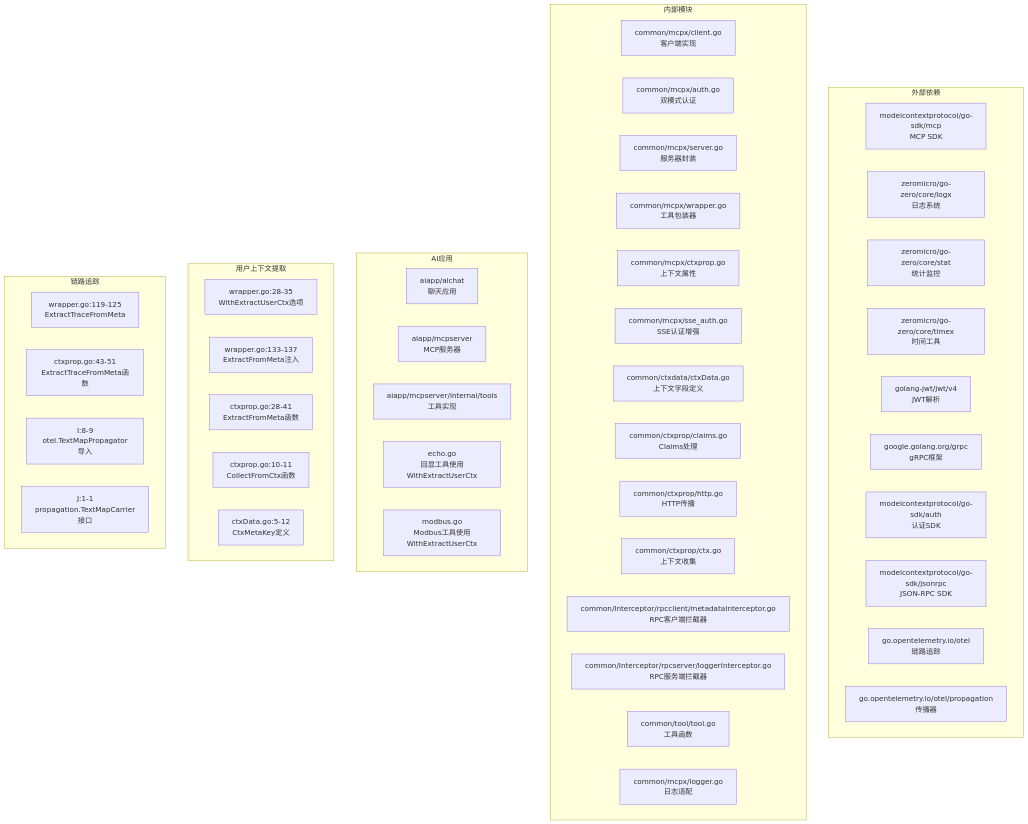
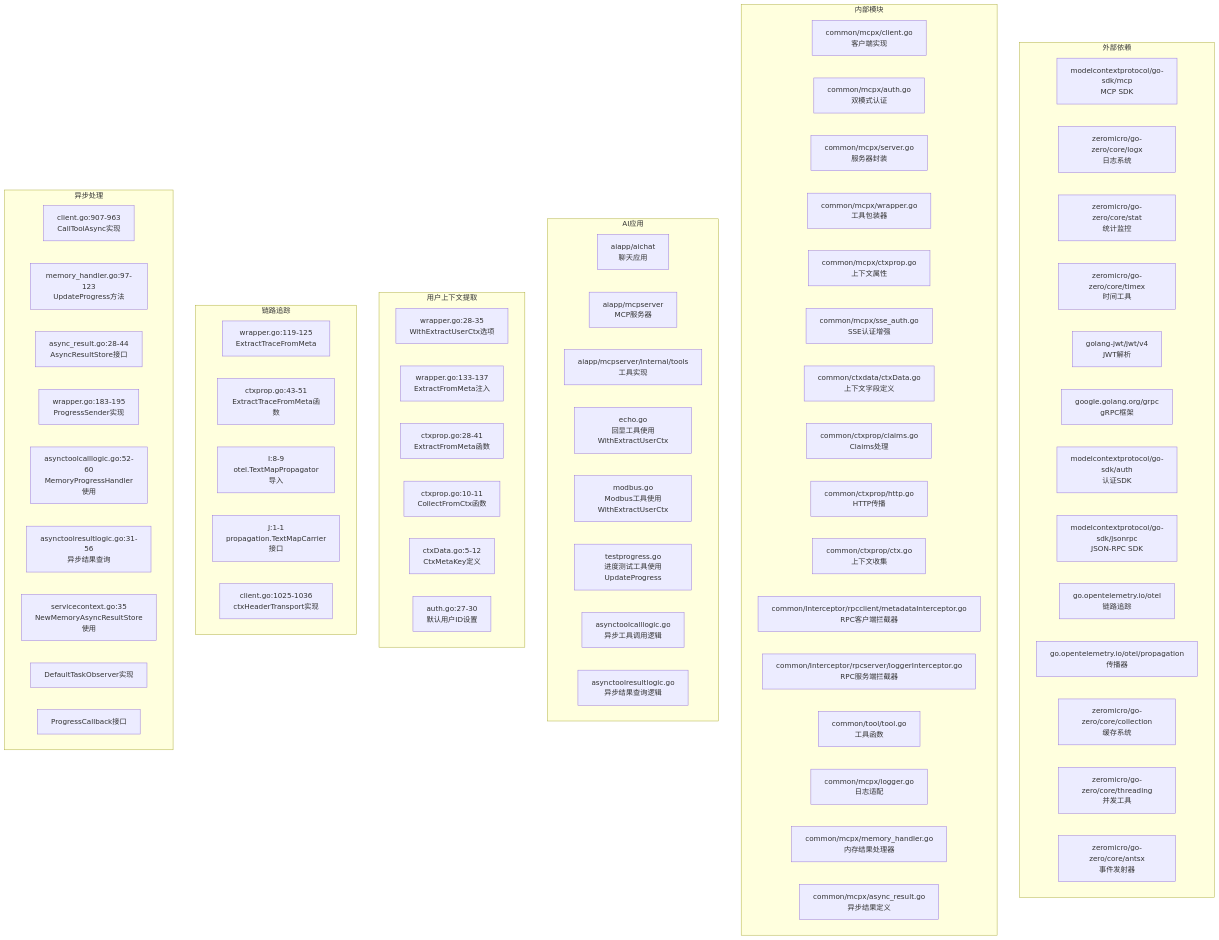
Before and after one commit to maomao94/zero-service: diagram 36 of 36 in .qoder/repowiki/zh/content/核心服务详解/Mcpx客户端包.md, drawn with Mermaid. The commit also changed other lines of this file and 58 other files, not shown here.

````diff
--- a/.qoder/repowiki/zh/content/核心服务详解/Mcpx客户端包.md
+++ b/.qoder/repowiki/zh/content/核心服务详解/Mcpx客户端包.md
@@ -979,51 +1602,72 @@
 ```mermaid
 graph TB
 subgraph "外部依赖"
 A[modelcontextprotocol/go-sdk/mcp<br/>MCP SDK]
 B[zeromicro/go-zero/core/logx<br/>日志系统]
 C[zeromicro/go-zero/core/stat<br/>统计监控]
 D[zeromicro/go-zero/core/timex<br/>时间工具]
 E[golang-jwt/jwt/v4<br/>JWT解析]
 F[google.golang.org/grpc<br/>gRPC框架]
 G[modelcontextprotocol/go-sdk/auth<br/>认证SDK]
 H[modelcontextprotocol/go-sdk/jsonrpc<br/>JSON-RPC SDK]
 I[go.opentelemetry.io/otel<br/>链路追踪]
 J[go.opentelemetry.io/otel/propagation<br/>传播器]
+K[zeromicro/go-zero/core/collection<br/>缓存系统]
+L[zeromicro/go-zero/core/threading<br/>并发工具]
+M[zeromicro/go-zero/core/antsx<br/>事件发射器]
 end
 subgraph "内部模块"
-K[common/mcpx/client.go<br/>客户端实现]
-L[common/mcpx/auth.go<br/>双模式认证]
-M[common/mcpx/server.go<br/>服务器封装]
-N[common/mcpx/wrapper.go<br/>工具包装器]
-O[common/mcpx/ctxprop.go<br/>上下文属性]
-P[common/mcpx/sse_auth.go<br/>SSE认证增强]
-Q[common/ctxdata/ctxData.go<br/>上下文字段定义]
-R[common/ctxprop/claims.go<br/>Claims处理]
-S[common/ctxprop/http.go<br/>HTTP传播]
-T[common/ctxprop/ctx.go<br/>上下文收集]
-U[common/Interceptor/rpcclient/metadataInterceptor.go<br/>RPC客户端拦截器]
-V[common/Interceptor/rpcserver/loggerInterceptor.go<br/>RPC服务端拦截器]
-W[common/tool/tool.go<br/>工具函数]
-X[common/mcpx/logger.go<br/>日志适配]
+N[common/mcpx/client.go<br/>客户端实现]
+O[common/mcpx/auth.go<br/>双模式认证]
+P[common/mcpx/server.go<br/>服务器封装]
+Q[common/mcpx/wrapper.go<br/>工具包装器]
+R[common/mcpx/ctxprop.go<br/>上下文属性]
+S[common/mcpx/sse_auth.go<br/>SSE认证增强]
+T[common/ctxdata/ctxData.go<br/>上下文字段定义]
+U[common/ctxprop/claims.go<br/>Claims处理]
+V[common/ctxprop/http.go<br/>HTTP传播]
+W[common/ctxprop/ctx.go<br/>上下文收集]
+X[common/Interceptor/rpcclient/metadataInterceptor.go<br/>RPC客户端拦截器]
+Y[common/Interceptor/rpcserver/loggerInterceptor.go<br/>RPC服务端拦截器]
+Z[common/tool/tool.go<br/>工具函数]
+AA[common/mcpx/logger.go<br/>日志适配]
+BB[common/mcpx/memory_handler.go<br/>内存结果处理器]
+CC[common/mcpx/async_result.go<br/>异步结果定义]
 end
 subgraph "AI应用"
-Y[aiapp/aichat<br/>聊天应用]
-Z[aiapp/mcpserver<br/>MCP服务器]
-AA[aiapp/mcpserver/internal/tools<br/>工具实现]
-BB[echo.go<br/>回显工具使用WithExtractUserCtx]
-CC[modbus.go<br/>Modbus工具使用WithExtractUserCtx]
+DD[aiapp/aichat<br/>聊天应用]
+EE[aiapp/mcpserver<br/>MCP服务器]
+FF[aiapp/mcpserver/internal/tools<br/>工具实现]
+GG[echo.go<br/>回显工具使用WithExtractUserCtx]
+HH[modbus.go<br/>Modbus工具使用WithExtractUserCtx]
+II[testprogress.go<br/>进度测试工具使用UpdateProgress]
+JJ[asynctoolcalllogic.go<br/>异步工具调用逻辑]
+KK[asynctoolresultlogic.go<br/>异步结果查询逻辑]
 end
 subgraph "用户上下文提取"
-DD[wrapper.go:28-35<br/>WithExtractUserCtx选项]
-EE[wrapper.go:133-137<br/>ExtractFromMeta注入]
-FF[ctxprop.go:28-41<br/>ExtractFromMeta函数]
-GG[ctxprop.go:10-11<br/>CollectFromCtx函数]
-HH[ctxData.go:5-12<br/>CtxMetaKey定义]
+LL[wrapper.go:28-35<br/>WithExtractUserCtx选项]
+MM[wrapper.go:133-137<br/>ExtractFromMeta注入]
+NN[ctxprop.go:28-41<br/>ExtractFromMeta函数]
+OO[ctxprop.go:10-11<br/>CollectFromCtx函数]
+PP[ctxData.go:5-12<br/>CtxMetaKey定义]
+QQ[auth.go:27-30<br/>默认用户ID设置]
 end
 subgraph "链路追踪"
-II[wrapper.go:119-125<br/>ExtractTraceFromMeta]
-JJ[ctxprop.go:43-51<br/>ExtractTraceFromMeta函数]
-KK[I:8-9<br/>otel.TextMapPropagator导入]
-LL[J:1-1<br/>propagation.TextMapCarrier接口]
+RR[wrapper.go:119-125<br/>ExtractTraceFromMeta]
+SS[ctxprop.go:43-51<br/>ExtractTraceFromMeta函数]
+TT[I:8-9<br/>otel.TextMapPropagator导入]
+UU[J:1-1<br/>propagation.TextMapCarrier接口]
+VV[client.go:1025-1036<br/>ctxHeaderTransport实现]
+end
+subgraph "异步处理"
+WW[client.go:907-963<br/>CallToolAsync实现]
+XX[memory_handler.go:97-123<br/>UpdateProgress方法]
+YY[async_result.go:28-44<br/>AsyncResultStore接口]
+ZZ[wrapper.go:183-195<br/>ProgressSender实现]
+AAA[asynctoolcalllogic.go:52-60<br/>MemoryProgressHandler使用]
+BBBB[asynctoolresultlogic.go:31-56<br/>异步结果查询]
+CCCC[servicecontext.go:35<br/>NewMemoryAsyncResultStore使用]
+DDDD[DefaultTaskObserver实现]
+EEEE[ProgressCallback接口]
 end
 ```
````
